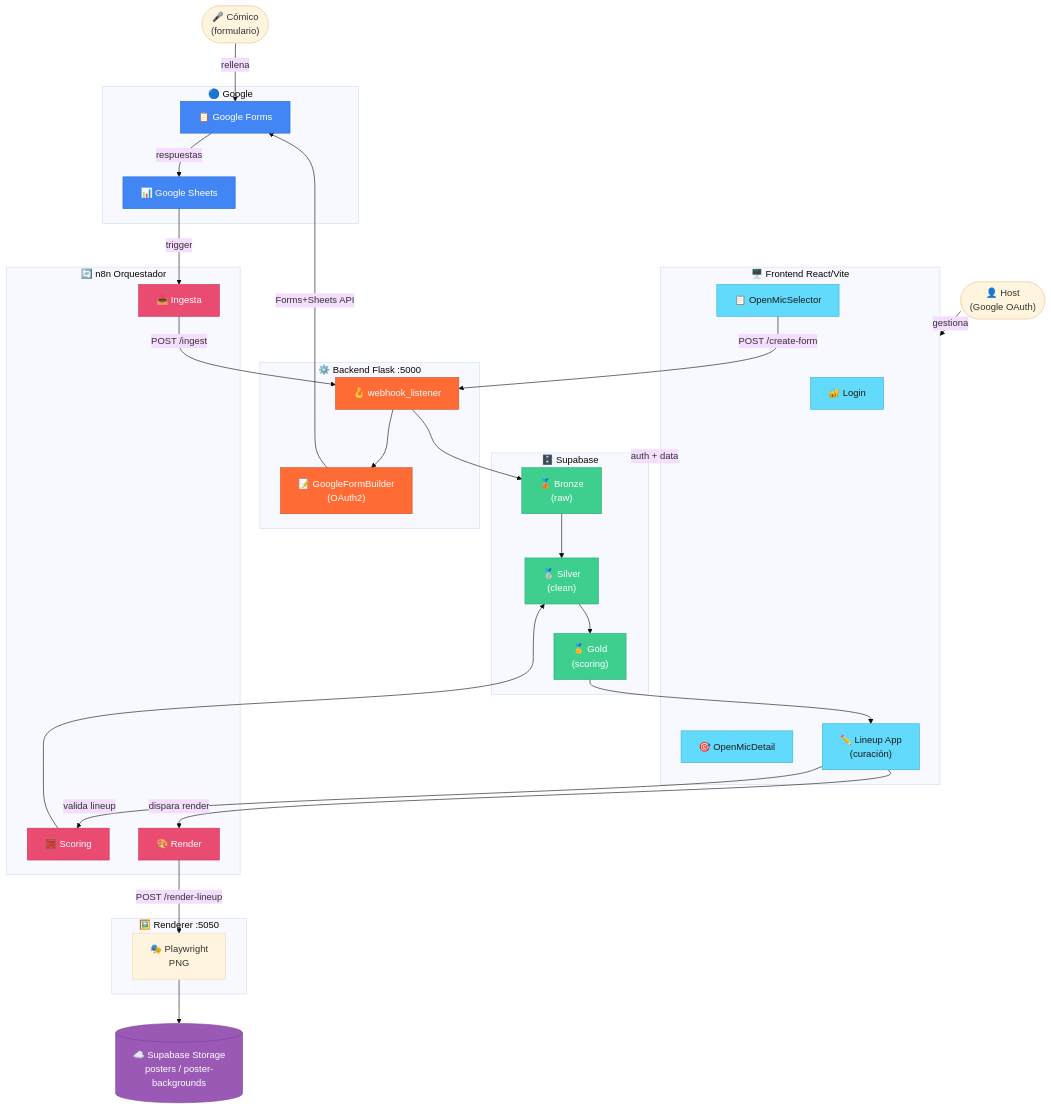
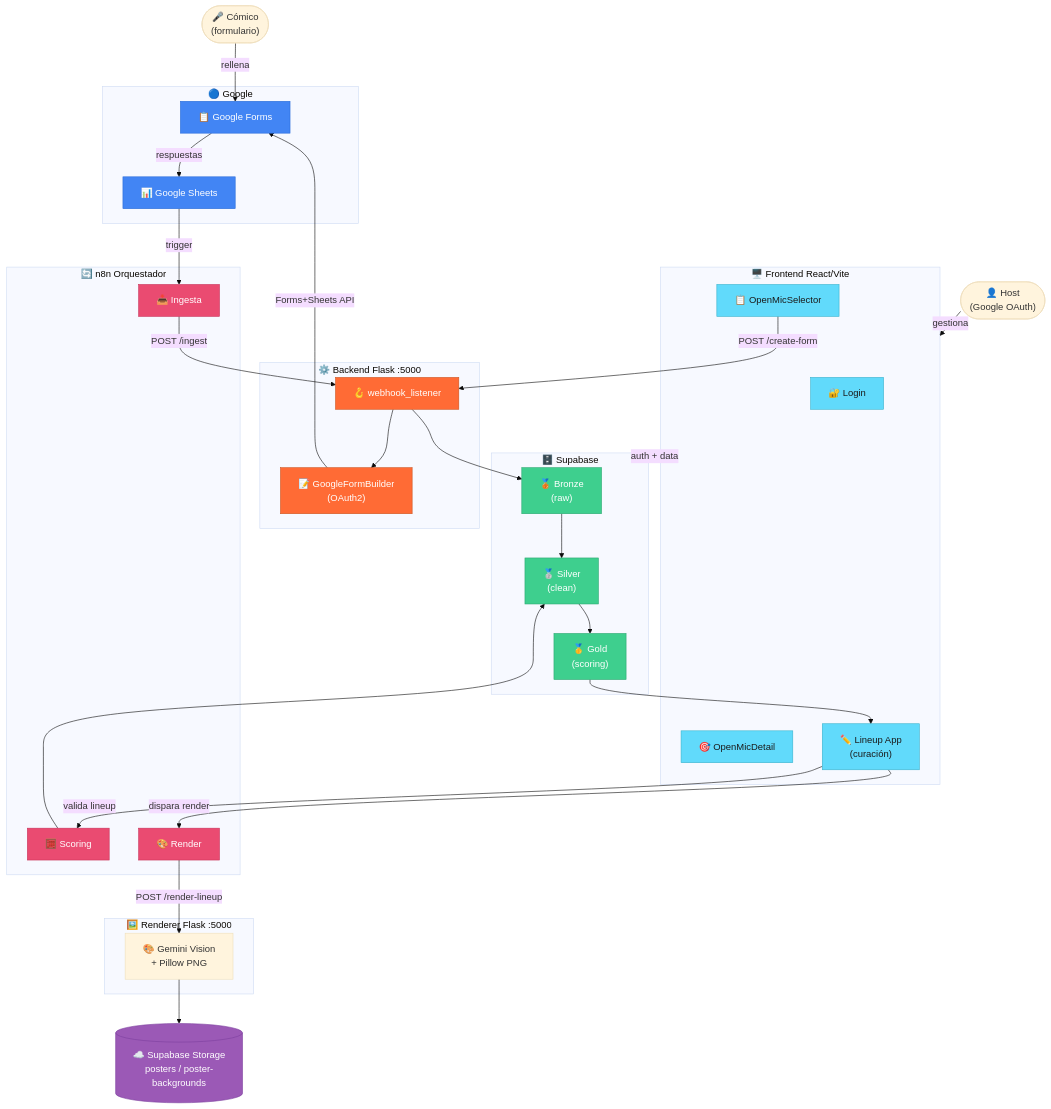
One commit to SAfonso/recova-project changed the diagram in README.md. Above: the diagram before and after it, drawn with Mermaid (base theme). The commit also changed 20 other files, not shown here.

````diff
--- a/README.md
+++ b/README.md
@@ -13,80 +13,80 @@
 ```mermaid
 flowchart TD
     classDef google fill:#4285F4,color:#fff,stroke:#2a6dd9
     classDef supabase fill:#3ECF8E,color:#fff,stroke:#29a870
     classDef flask fill:#FF6B35,color:#fff,stroke:#cc5520
     classDef frontend fill:#61DAFB,color:#1a1a1a,stroke:#38b2cc
     classDef n8n fill:#EA4B71,color:#fff,stroke:#c73059
     classDef storage fill:#9B59B6,color:#fff,stroke:#7d3f9e
 
     Host(["👤 Host\n(Google OAuth)"])
     Comico(["🎤 Cómico\n(formulario)"])
 
     subgraph FE ["🖥️ Frontend React/Vite"]
         Login["🔐 Login"]
         Selector["📋 OpenMicSelector"]
         Detail["🎯 OpenMicDetail"]
         App["✏️ Lineup App\n(curación)"]
     end
 
     subgraph BE ["⚙️ Backend Flask :5000"]
         WH["🪝 webhook_listener"]
         FB["📝 GoogleFormBuilder\n(OAuth2)"]
     end
 
     subgraph Google ["🔵 Google"]
         GF["📋 Google Forms"]
         GS["📊 Google Sheets"]
     end
 
     subgraph Pipe ["🔄 n8n Orquestador"]
         Ingesta["📥 Ingesta"]
         Scoring["🧮 Scoring"]
         Render["🎨 Render"]
     end
 
     subgraph DB ["🗄️ Supabase"]
         Bronze["🥉 Bronze\n(raw)"]
         Silver["🥈 Silver\n(clean)"]
         Gold["🥇 Gold\n(scoring)"]
     end
 
-    subgraph Renderer ["🖼️ Renderer :5050"]
-        PW["🎭 Playwright\nPNG"]
+    subgraph Renderer ["🖼️ Renderer Flask :5000"]
+        PW["🎨 Gemini Vision\n+ Pillow PNG"]
     end
 
     Storage[("☁️ Supabase Storage\nposters / poster-backgrounds")]
 
     %% Flujo de formulario
     Comico -->|rellena| GF
     Host -->|gestiona| FE
     Selector -->|"POST /create-form"| WH
     WH --> FB
     FB -->|"Forms+Sheets API"| GF
     GF -->|respuestas| GS
 
     %% Ingesta
     GS -->|trigger| Ingesta
     Ingesta -->|"POST /ingest"| WH
     WH --> Bronze --> Silver --> Gold
 
     %% Curación y scoring
     Gold --> App
     App -->|valida lineup| Scoring
     Scoring --> Silver
 
     %% Render
     App -->|"dispara render"| Render
     Render -->|"POST /render-lineup"| PW
     PW --> Storage
 
     %% Auth
     FE <-->|auth + data| DB
 
     class GF,GS google
     class Bronze,Silver,Gold supabase
     class WH,FB flask
     class Login,Selector,Detail,App frontend
     class Ingesta,Scoring,Render n8n
     class Storage storage
 ```
````
